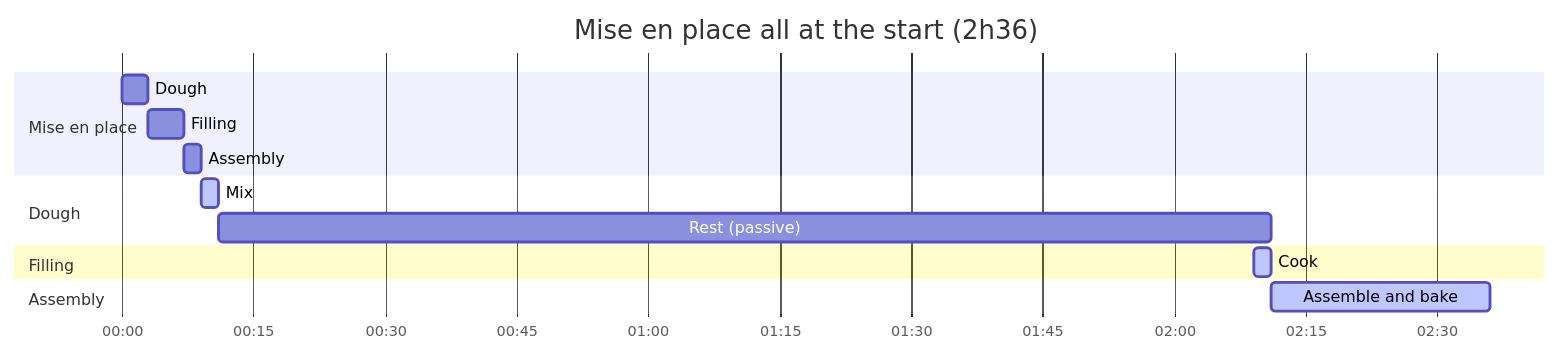
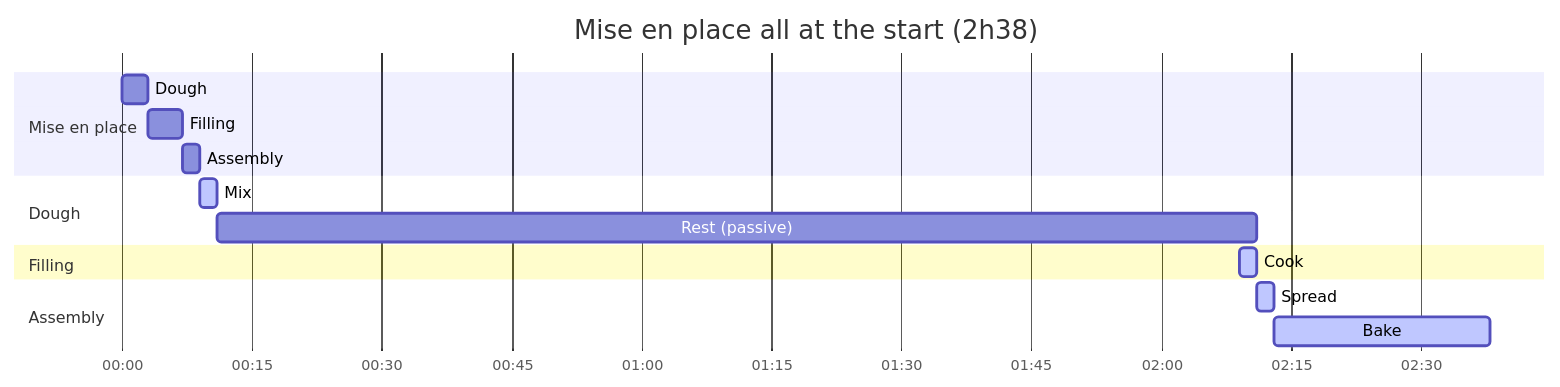
One commit to gram-lang/gram changed the fourth of 5 diagrams in packages/docs/src/content/docs/docs/explanation/alap-scheduling.mdx. Above: the diagram before and after it, drawn with Mermaid. The commit also changed other lines of this file and 1 other file, not shown here.

Commit message:
docs: align the mise en place diagrams with the updated example recipe

````diff
--- a/packages/docs/src/content/docs/docs/explanation/alap-scheduling.mdx
+++ b/packages/docs/src/content/docs/docs/explanation/alap-scheduling.mdx
@@ -118,18 +121,19 @@
 ```mermaid
 gantt
-    title Mise en place all at the start (2h36)
+    title Mise en place all at the start (2h38)
     dateFormat  HH:mm
     axisFormat %H:%M
     todayMarker off
     section Mise en place
     Dough                             : p1, 00:00, 3m
     Filling                           : p2, 00:03, 4m
     Assembly                          : p3, 00:07, 2m
     section Dough
     Mix                               : active, a1, 00:09, 2m
     Rest (passive)                    : r1, 00:11, 120m
     section Filling
     Cook                              : active, a2, 02:09, 2m
     section Assembly
-    Assemble and bake                 : active, a3, 02:11, 25m
+    Spread                            : active, a3, 02:11, 2m
+    Bake                              : active, a4, 02:13, 25m
 ```
````
